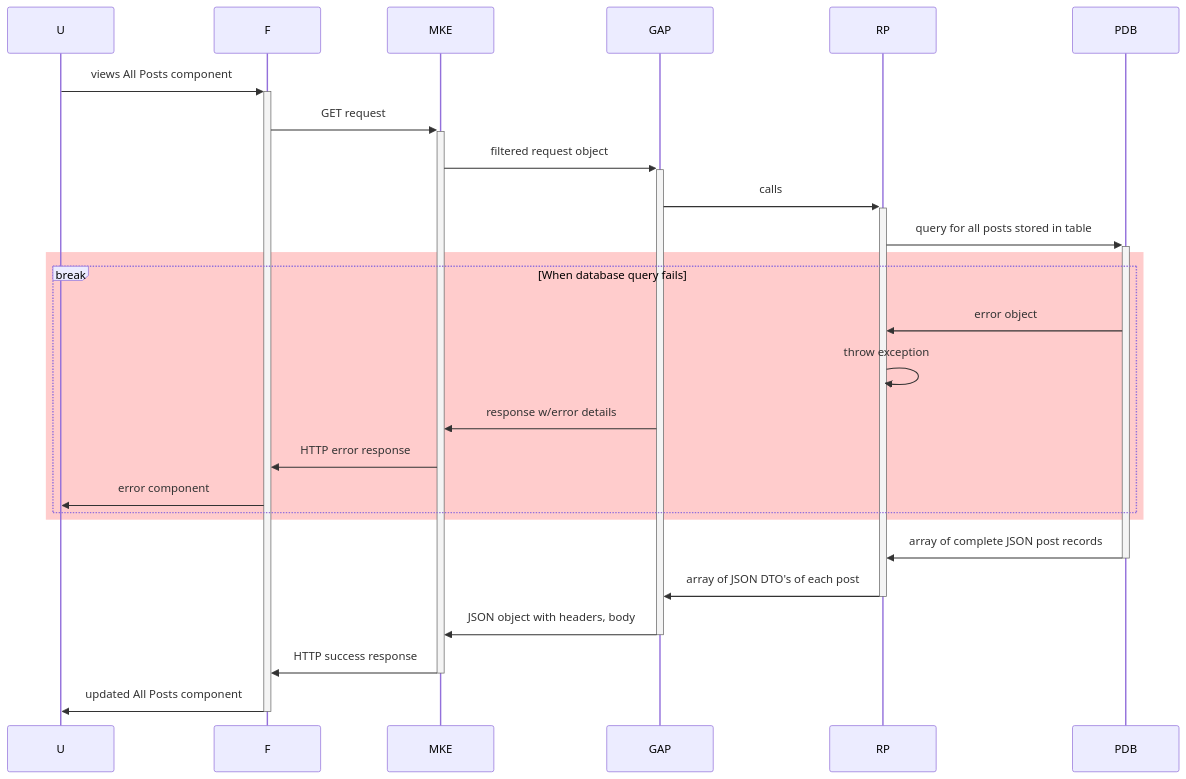
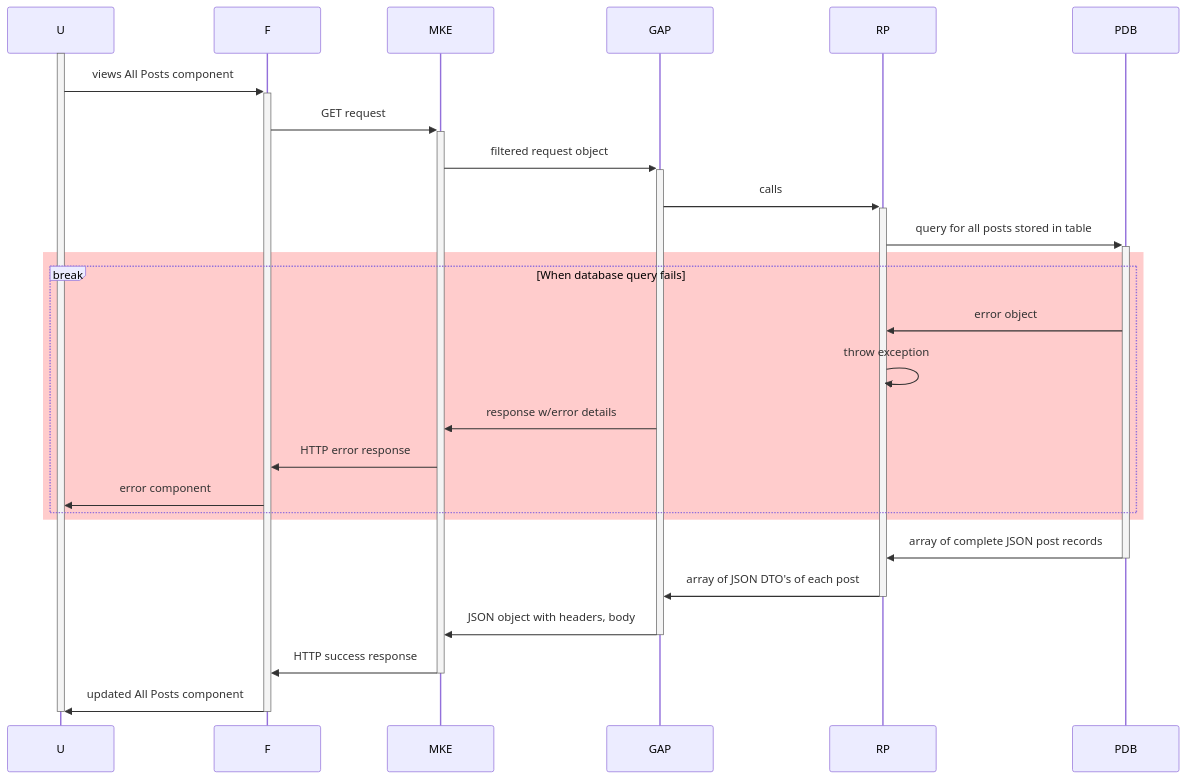
The third of 6 diagrams in DOCUMENTATION.md (maryamkhan14/cv-circle), drawn with Mermaid before and after one commit. The commit also changed other lines of this file, not shown here.

Commit message:
Fixed incorrect activations in sequence diagrams

````diff
--- a/DOCUMENTATION.md
+++ b/DOCUMENTATION.md
@@ -158,24 +159,26 @@
 ```mermaid
 sequenceDiagram
+    activate U
     U->>+F: views All Posts component
     F->>+MKE: GET request
     MKE->>+GAP: filtered request object
     GAP->>+RP: calls
     RP->>+PDB: query for all posts stored in table
 
     rect rgba(255, 0, 0, 0.2)
         break When database query fails
             PDB->>RP: error object
             RP->>RP: throw exception
             GAP->>MKE: response w/error details
             MKE->>F: HTTP error response
             F->>U: error component
         end
     end
 
     PDB->>-RP: array of complete JSON post records
     RP->>-GAP: array of JSON DTO's of each post
     GAP->>-MKE: JSON object with headers, body
     MKE->>-F: HTTP success response
     F->>-U: updated All Posts component
+    deactivate U
 ```
````
